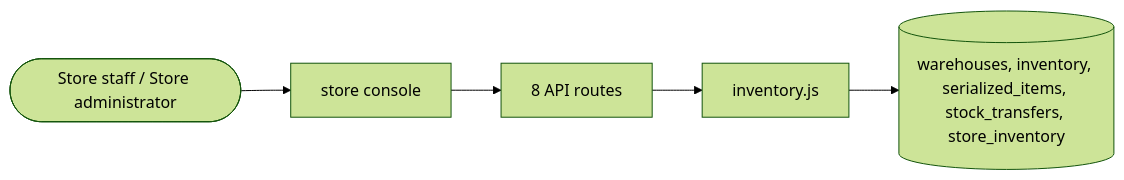
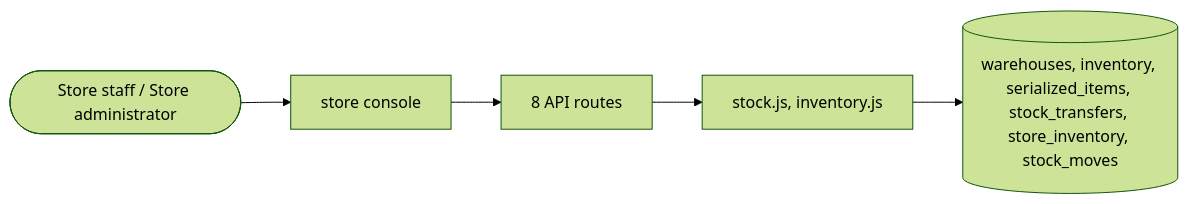
The diagram in docs/domains/inventory.md (echelonxventures-Projects/universal-product), drawn with Mermaid (forest theme) before and after one commit. The commit also changed other lines of this file and 22 other files, not shown here.

````diff
--- a/docs/domains/inventory.md
+++ b/docs/domains/inventory.md
@@ -148,8 +162,8 @@
 ```mermaid
 flowchart LR
   U([Store staff / Store administrator]) --> UI[store console]
   UI --> API[8 API routes]
-  API --> ENG[inventory.js]
-  ENG --> DB[(warehouses, inventory, serialized_items, stock_transfers, store_inventory)]
+  API --> ENG[stock.js, inventory.js]
+  ENG --> DB[(warehouses, inventory, serialized_items, stock_transfers, store_inventory, stock_moves)]
 
 ```
````
